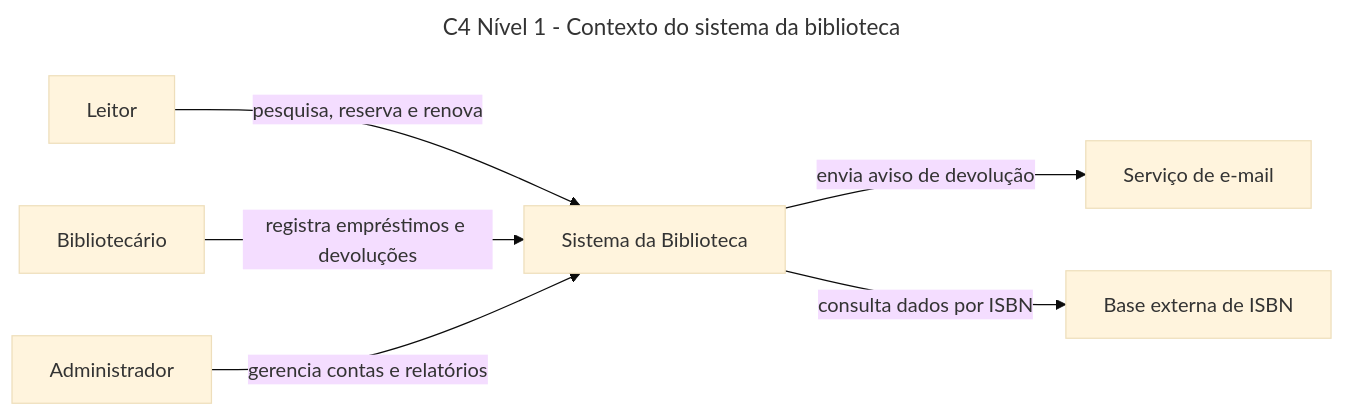
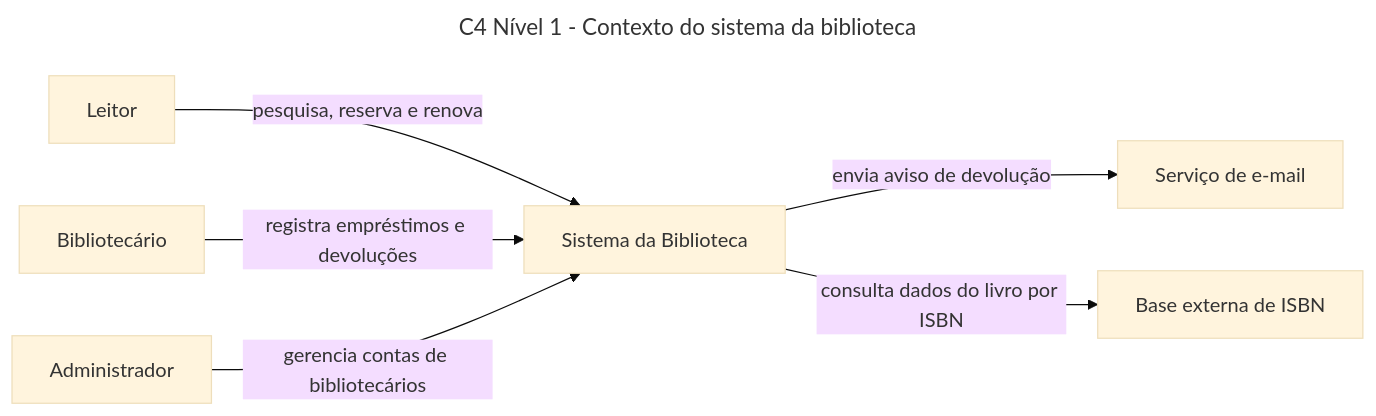
One commit to ArrayOfLoot/biblioteca-comunitaria changed the first of 4 diagrams in README.md. Above: the diagram before and after it, drawn with Mermaid (base theme). The commit also changed other lines of this file, not shown here.

Commit message:
documento de arquitetura
adiçao do diagrama c4 nivel 1

````diff
--- a/README.md
+++ b/README.md
@@ -87,11 +87,11 @@
 ```mermaid
 ---
 title: C4 Nível 1 - Contexto do sistema da biblioteca
 ---
 flowchart LR
     Leitor["Leitor"] -->|"pesquisa, reserva e renova"| Sis["Sistema da Biblioteca"]
     Bibliotecario["Bibliotecário"] -->|"registra empréstimos e devoluções"| Sis
-    Admin["Administrador"] -->|"gerencia contas e relatórios"| Sis
+    Admin["Administrador"] -->|"gerencia contas de bibliotecários"| Sis
     Sis -->|"envia aviso de devolução"| Email["Serviço de e-mail"]
-    Sis -->|"consulta dados por ISBN"| Isbn["Base externa de ISBN"]
+    Sis -->|"consulta dados do livro por ISBN"| Isbn["Base externa de ISBN"]
 ```
````
